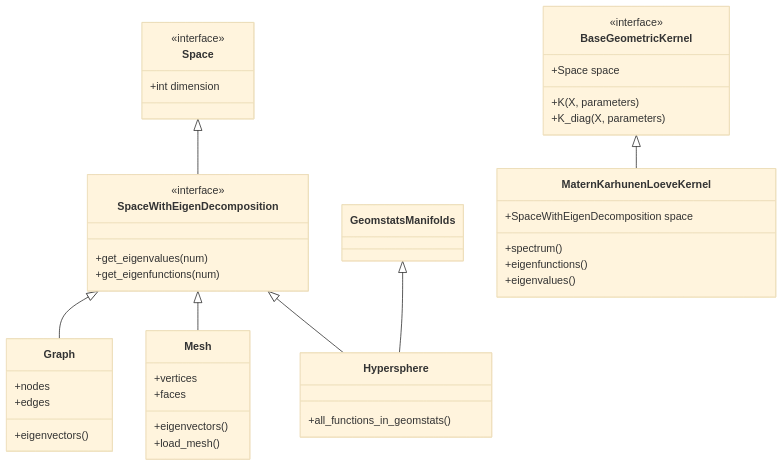
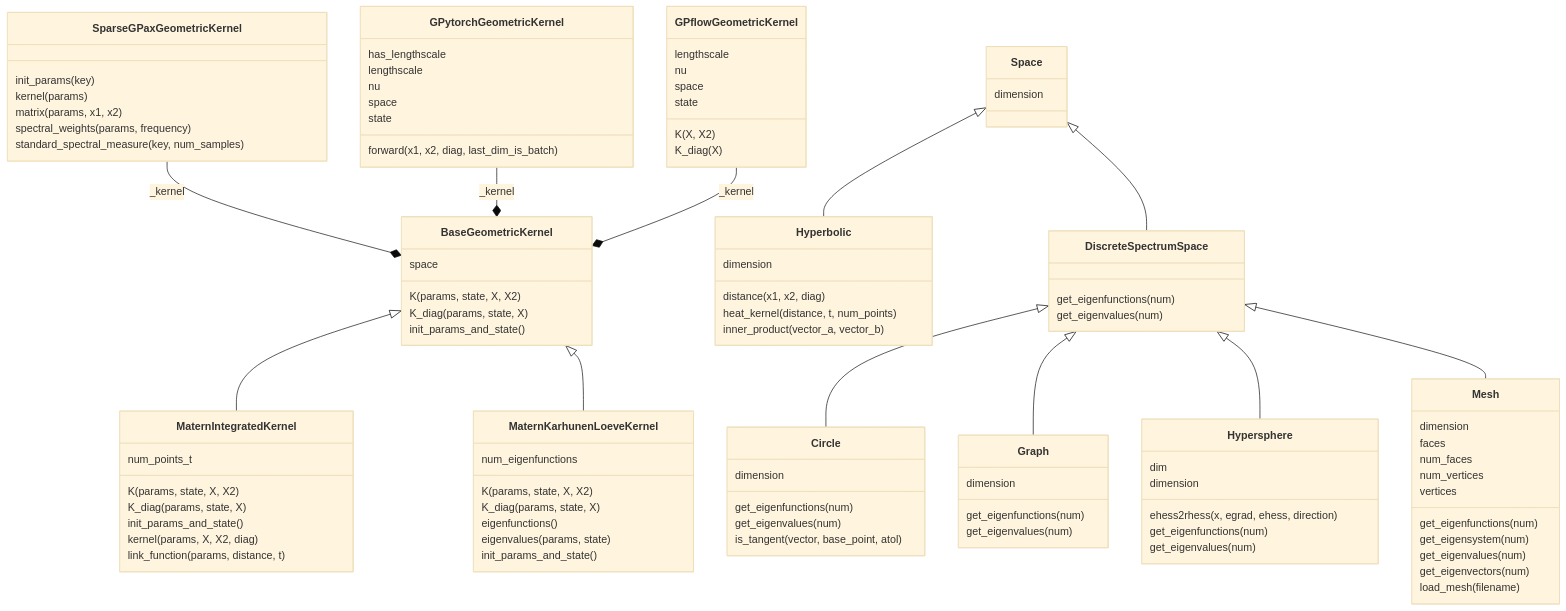
One commit to geometric-kernels/GeometricKernels changed the diagram in docs/class_diagram.md. Above: the diagram before and after it, drawn with Mermaid (base theme). The commit also changed 1 other file, not shown here.

Commit message:
Fix class diagram

````diff
--- a/docs/class_diagram.md
+++ b/docs/class_diagram.md
@@ -1,54 +1,103 @@
 ```mermaid
-classDiagram
-Space <|-- SpaceWithEigenDecomposition
-SpaceWithEigenDecomposition <|-- Graph
-SpaceWithEigenDecomposition <|-- Mesh
-SpaceWithEigenDecomposition <|-- Hypersphere
-GeomstatsManifolds <|-- Hypersphere
+        classDiagram
+          class BaseGeometricKernel {
+            space
+            K(params, state, X, X2) 
+            K_diag(params, state, X)
+            init_params_and_state()
+          }
+          class Circle {
+            dimension
+            get_eigenfunctions(num)
+            get_eigenvalues(num)
+            is_tangent(vector, base_point, atol)
+          }
+          class Hyperbolic {
+            dimension
+            distance(x1, x2, diag) 
+            heat_kernel(distance, t, num_points)
+            inner_product(vector_a, vector_b)
+          }
+          class DiscreteSpectrumSpace {
+            get_eigenfunctions(num)
+            get_eigenvalues(num) 
+          }
+          class GPflowGeometricKernel {
+            lengthscale
+            nu
+            space
+            state
+            K(X, X2)
+            K_diag(X)
+          }
+          class GPytorchGeometricKernel {
+            has_lengthscale
+            lengthscale
+            nu
+            space
+            state
+            forward(x1, x2, diag, last_dim_is_batch)
+          }
+          class Graph {
+            dimension
+            get_eigenfunctions(num)
+            get_eigenvalues(num)
+          }
+          class Hypersphere {
+            dim
+            dimension
+            ehess2rhess(x, egrad, ehess, direction)
+            get_eigenfunctions(num)
+            get_eigenvalues(num)
+          }
+          class MaternIntegratedKernel {
+            num_points_t
+            K(params, state, X, X2) 
+            K_diag(params, state, X) 
+            init_params_and_state()
+            kernel(params, X, X2, diag)
+            link_function(params, distance, t)
+          }
+          class MaternKarhunenLoeveKernel {
+            num_eigenfunctions
+            K(params, state, X, X2)
+            K_diag(params, state, X)
+            eigenfunctions()
+            eigenvalues(params, state)
+            init_params_and_state()
+          }
+          class Mesh {
+            dimension
+            faces
+            num_faces
+            num_vertices
+            vertices
+            get_eigenfunctions(num) 
+            get_eigensystem(num) 
+            get_eigenvalues(num) 
+            get_eigenvectors(num) 
+            load_mesh(filename)
+          }
+          class Space {
+            dimension
+          }
+          class SparseGPaxGeometricKernel {
+            init_params(key)
+            kernel(params)
+            matrix(params, x1, x2)
+            spectral_weights(params, frequency)
+            standard_spectral_measure(key, num_samples)
+          }
+BaseGeometricKernel <|-- MaternIntegratedKernel
 BaseGeometricKernel <|-- MaternKarhunenLoeveKernel
+SparseGPaxGeometricKernel  --* BaseGeometricKernel : _kernel
+GPytorchGeometricKernel  --* BaseGeometricKernel : _kernel
+GPflowGeometricKernel  --* BaseGeometricKernel : _kernel
+Space <|-- Hyperbolic
+Space <|-- DiscreteSpectrumSpace
+DiscreteSpectrumSpace <|-- Circle
+DiscreteSpectrumSpace <|-- Graph
+DiscreteSpectrumSpace <|-- Hypersphere
+DiscreteSpectrumSpace <|-- Mesh
 
-
-class GeomstatsManifolds
-
-class Space{
-	<<interface>>
-	+int dimension
-}
-
-class SpaceWithEigenDecomposition{
-	<<interface>>
-	+get_eigenvalues(num)
-	+get_eigenfunctions(num)
-}
-
-class Graph {
-    +nodes
-    +edges
-    +eigenvectors()
-}
-
-class Mesh {
-	+vertices
-	+faces
-	+eigenvectors()
-	+load_mesh()
-}
-	
-class Hypersphere {
-	+all_functions_in_geomstats()
-}
-
-class BaseGeometricKernel {
-	<<interface>>
-	+Space space
-	+K(X, parameters)
-	+K_diag(X, parameters)
-}
-
-class MaternKarhunenLoeveKernel {
-	+SpaceWithEigenDecomposition space
-	+spectrum()
-	+eigenfunctions()
-	+eigenvalues()
-}
 ```
````
